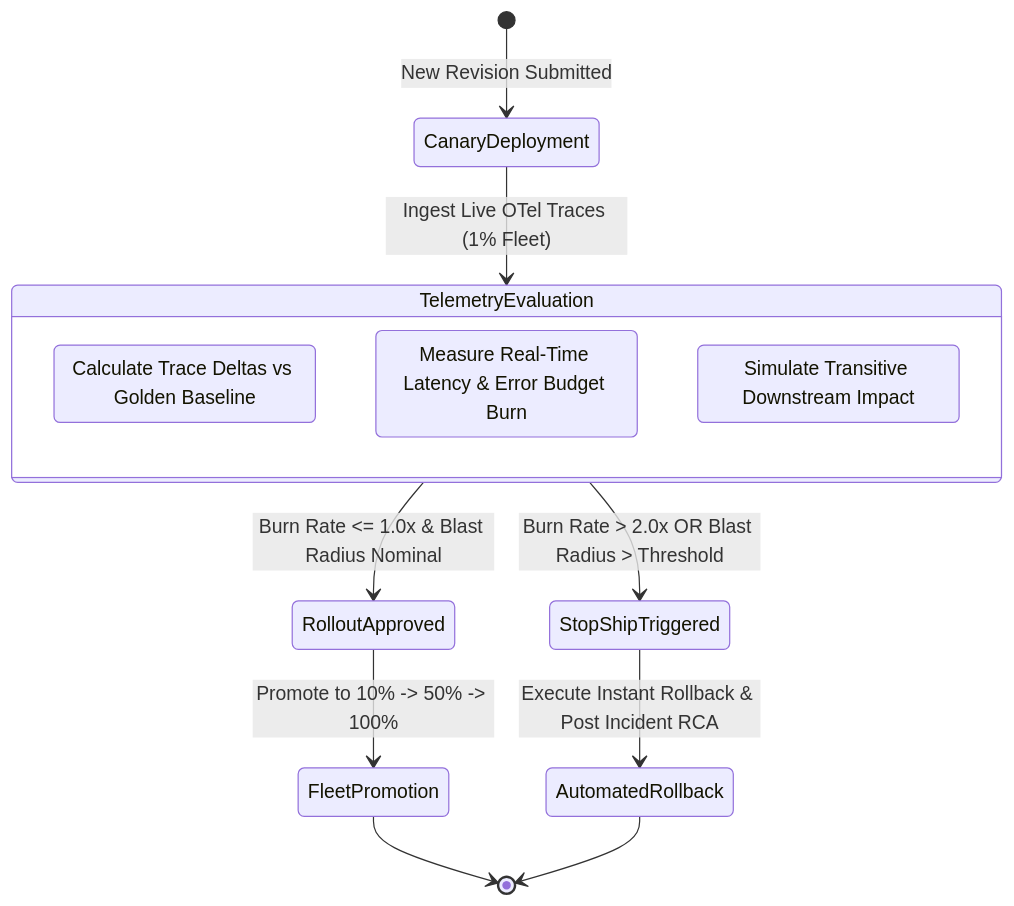
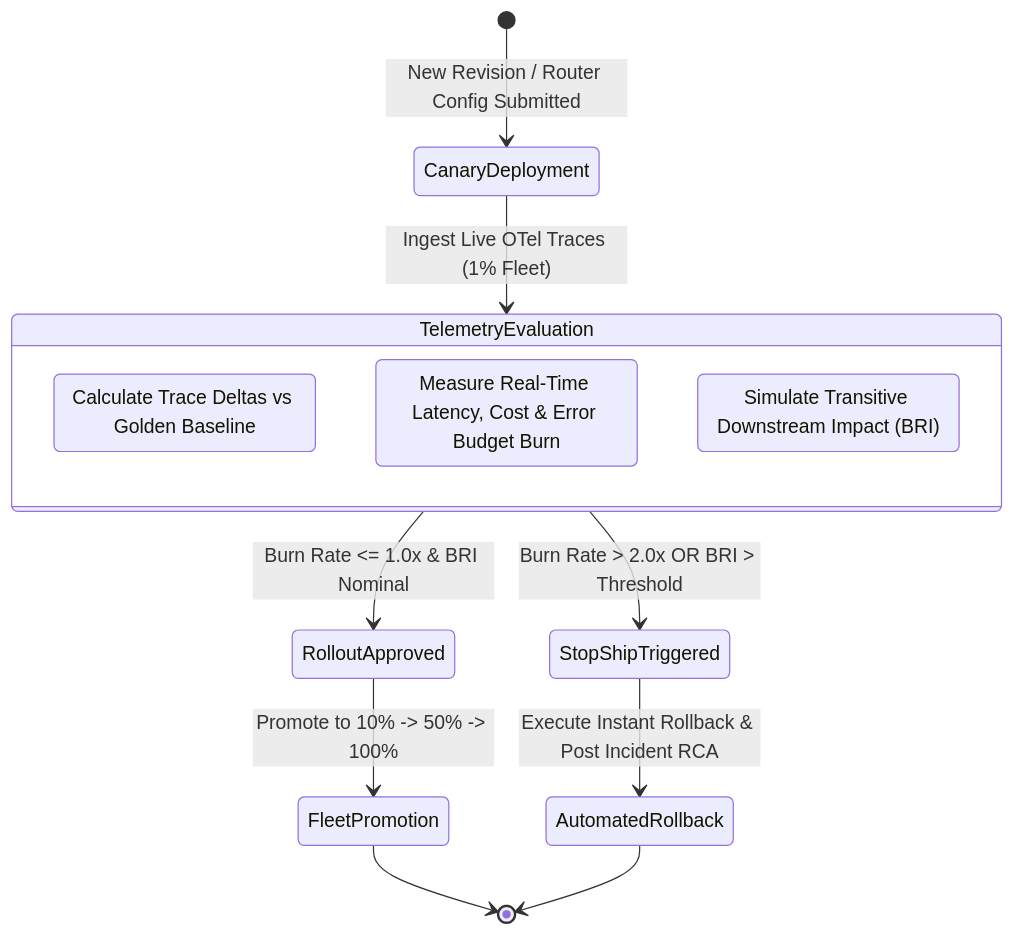
One commit to hoomanp/advanced-observability-sre changed the second of 2 diagrams in README.md. Above: the diagram before and after it, drawn with Mermaid. The commit also changed other lines of this file, not shown here.

Commit message:
docs: integrate eval-driven canary gates, agent retry blast radius, and plain executive style

````diff
--- a/README.md
+++ b/README.md
@@ -116,20 +116,20 @@
 ```mermaid
 stateDiagram-v2
-    [*] --> CanaryDeployment: New Revision Submitted
+    [*] --> CanaryDeployment: New Revision / Router Config Submitted
     CanaryDeployment --> TelemetryEvaluation: Ingest Live OTel Traces (1% Fleet)
     
     state TelemetryEvaluation {
         ComputeDeltas: Calculate Trace Deltas vs Golden Baseline
-        EvaluateSLO: Measure Real-Time Latency & Error Budget Burn
-        PredictBlast: Simulate Transitive Downstream Impact
+        EvaluateSLO: Measure Real-Time Latency, Cost & Error Budget Burn
+        PredictBlast: Simulate Transitive Downstream Impact (BRI)
     }
 
-    TelemetryEvaluation --> RolloutApproved: Burn Rate <= 1.0x & Blast Radius Nominal
-    TelemetryEvaluation --> StopShipTriggered: Burn Rate > 2.0x OR Blast Radius > Threshold
+    TelemetryEvaluation --> RolloutApproved: Burn Rate <= 1.0x & BRI Nominal
+    TelemetryEvaluation --> StopShipTriggered: Burn Rate > 2.0x OR BRI > Threshold
     
     RolloutApproved --> FleetPromotion: Promote to 10% -> 50% -> 100%
     StopShipTriggered --> AutomatedRollback: Execute Instant Rollback & Post Incident RCA
     
     FleetPromotion --> [*]
     AutomatedRollback --> [*]
 ```
````
